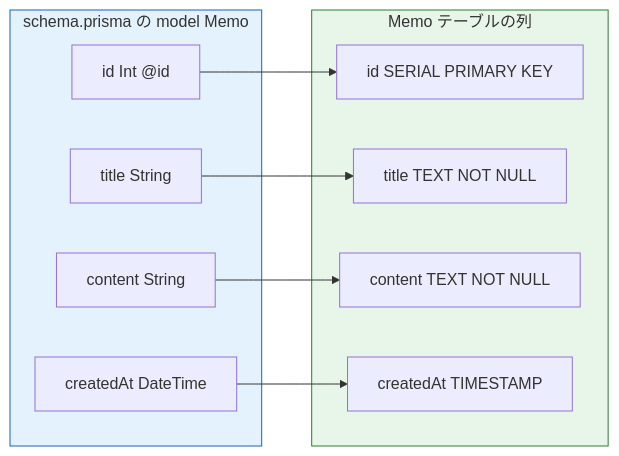
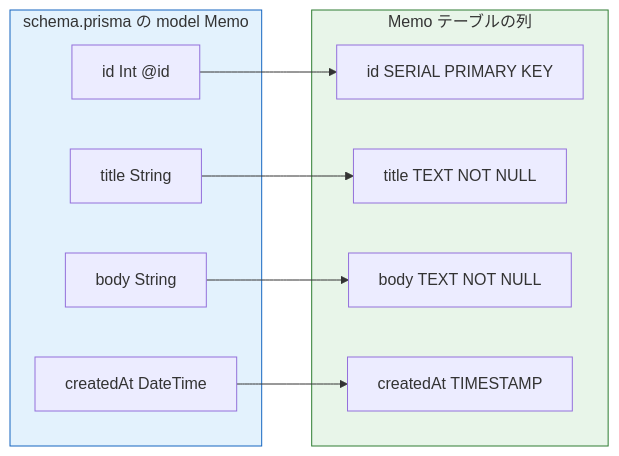
One commit to dik-ab/school-curriculum-platform changed the second of 5 diagrams in cloudflare-site/src/content/docs/database/schema_and_migration.md. Above: the diagram before and after it, drawn with Mermaid. The commit also changed other lines of this file, not shown here.

First line of the commit message:
docs: align memo field name and db/service names in schema_and_migration

````diff
--- a/cloudflare-site/src/content/docs/database/schema_and_migration.md
+++ b/cloudflare-site/src/content/docs/database/schema_and_migration.md
@@ -113,21 +113,21 @@
 ```mermaid
 flowchart LR
     subgraph S["schema.prisma の model Memo"]
         F1["id Int @id"]
         F2["title String"]
-        F3["content String"]
+        F3["body String"]
         F4["createdAt DateTime"]
     end
     subgraph T["Memo テーブルの列"]
         C1["id SERIAL PRIMARY KEY"]
         C2["title TEXT NOT NULL"]
-        C3["content TEXT NOT NULL"]
+        C3["body TEXT NOT NULL"]
         C4["createdAt TIMESTAMP"]
     end
     F1 --> C1
     F2 --> C2
     F3 --> C3
     F4 --> C4
     style S fill:#e3f2fd,stroke:#1565c0
     style T fill:#e8f5e9,stroke:#2e7d32
 ```
````
